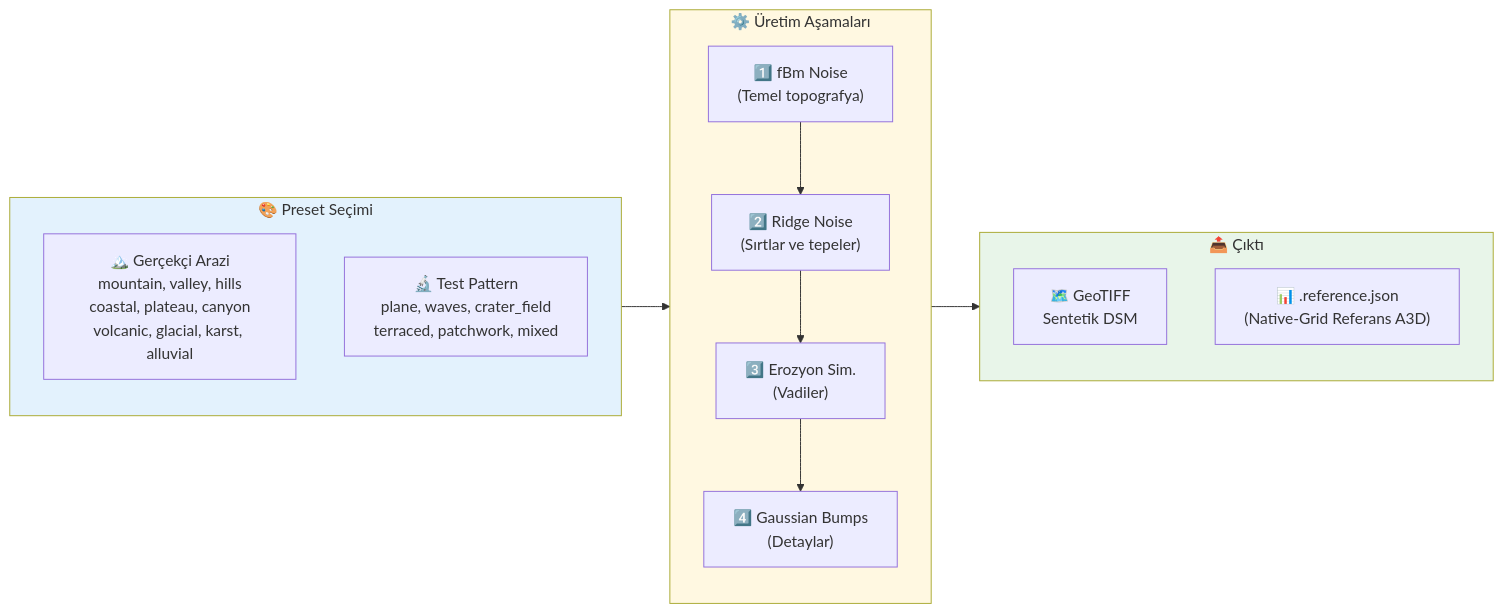
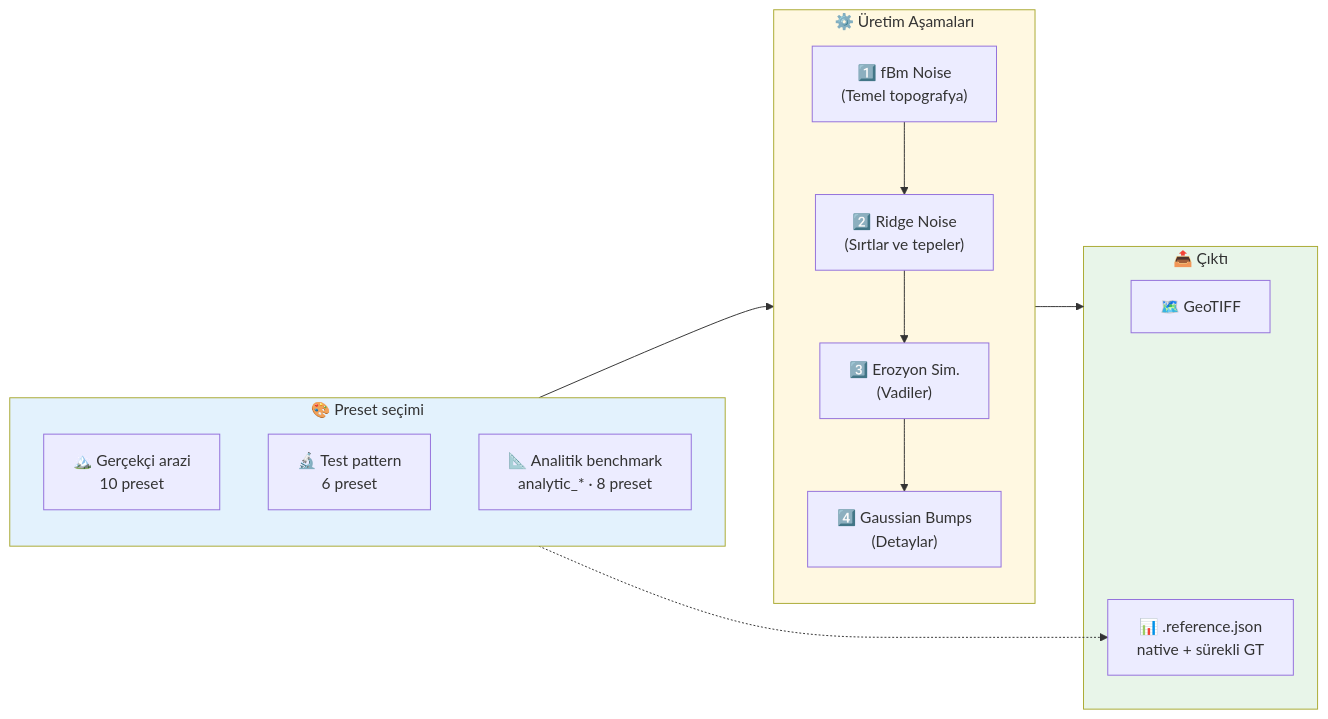
Before and after one commit to elestirmen/yuzey_alani_hesaplama: the second of 2 diagrams in README.md, drawn with Mermaid. The commit also changed other lines of this file and 422 other files, not shown here.

First line of the commit message:
Enhance synthetic DSM generation with preset-specific roughness patterns and parallel processing

````diff
--- a/README.md
+++ b/README.md
@@ -181,29 +195,31 @@
 ```mermaid
 flowchart LR
-    subgraph PRESETS["🎨 Preset Seçimi"]
+    subgraph PRESETS["🎨 Preset seçimi"]
         direction TB
-        REAL["🏔️ Gerçekçi Arazi<br/>mountain, valley, hills<br/>coastal, plateau, canyon<br/>volcanic, glacial, karst, alluvial"]
-        TEST["🔬 Test Pattern<br/>plane, waves, crater_field<br/>terraced, patchwork, mixed"]
+        REAL["🏔️ Gerçekçi arazi<br/>10 preset"]
+        TEST["🔬 Test pattern<br/>6 preset"]
+        ANA["📐 Analitik benchmark<br/>analytic_* · 8 preset"]
     end
 
     subgraph GENERATION["⚙️ Üretim Aşamaları"]
         direction TB
         FBM["1️⃣ fBm Noise<br/>(Temel topografya)"]
         RIDGE["2️⃣ Ridge Noise<br/>(Sırtlar ve tepeler)"]
         EROSION["3️⃣ Erozyon Sim.<br/>(Vadiler)"]
         BUMPS["4️⃣ Gaussian Bumps<br/>(Detaylar)"]
     end
 
     subgraph OUTPUTS["📤 Çıktı"]
-        TIFF["🗺️ GeoTIFF<br/>Sentetik DSM"]
-        REF["📊 .reference.json<br/>(Native-Grid Referans A3D)"]
+        TIFF["🗺️ GeoTIFF"]
+        REF["📊 .reference.json<br/>native + sürekli GT"]
     end
 
+    ANA -.-> REF
     PRESETS --> GENERATION
     FBM --> RIDGE --> EROSION --> BUMPS
     GENERATION --> OUTPUTS
 
     style PRESETS fill:#e3f2fd
     style GENERATION fill:#fff8e1
     style OUTPUTS fill:#e8f5e9
 ```
````
